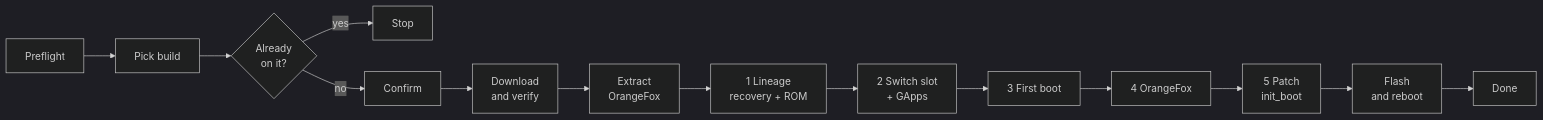
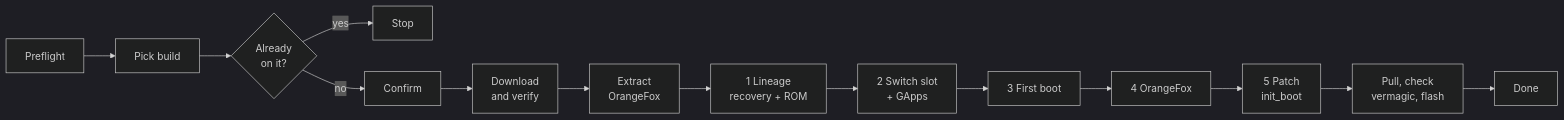
Before and after one commit to AardeYamz/oneplus-dodge-updater: the diagram in README.md, drawn with Mermaid (dark theme). The commit also changed other lines of this file and 5 other files, not shown here.

````diff
--- a/README.md
+++ b/README.md
@@ -9,6 +9,6 @@
 ```mermaid
 flowchart LR
     S1["Preflight"] --> S2["Pick build"] --> Q{"Already<br/>on it?"}
     Q -- "yes" --> X["Stop"]
-    Q -- "no" --> S3["Confirm"] --> S4["Download<br/>and verify"] --> S5["Extract<br/>OrangeFox"] --> S6["1 Lineage<br/>recovery + ROM"] --> S7["2 Switch slot<br/>+ GApps"] --> S8["3 First boot"] --> S9["4 OrangeFox"] --> S10["5 Patch<br/>init_boot"] --> S11["Flash<br/>and reboot"] --> D["Done"]
+    Q -- "no" --> S3["Confirm"] --> S4["Download<br/>and verify"] --> S5["Extract<br/>OrangeFox"] --> S6["1 Lineage<br/>recovery + ROM"] --> S7["2 Switch slot<br/>+ GApps"] --> S8["3 First boot"] --> S9["4 OrangeFox"] --> S10["5 Patch<br/>init_boot"] --> S11["Pull, check<br/>vermagic, flash"] --> D["Done"]
 ```
````
